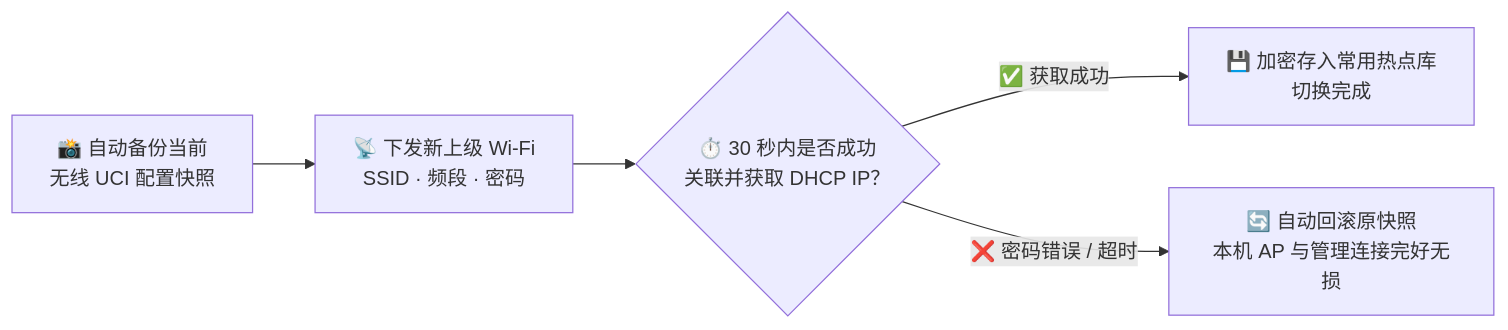
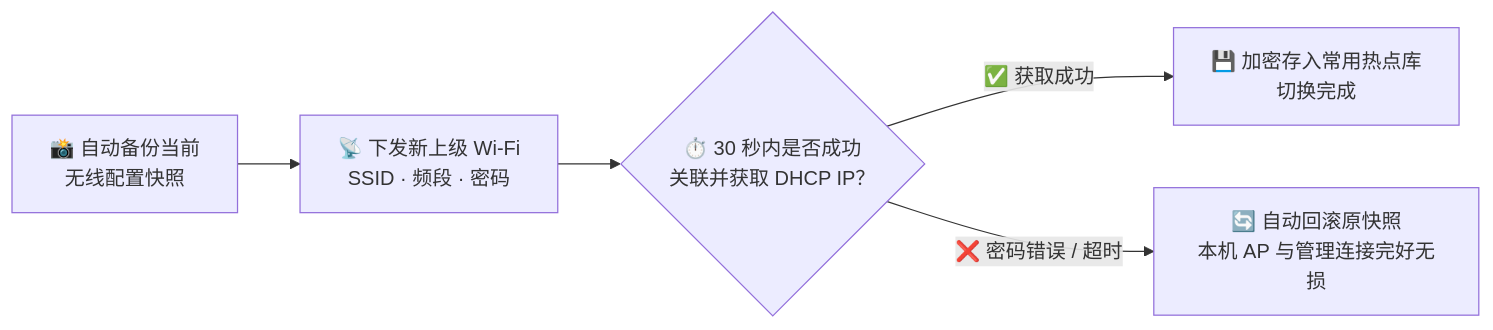
The third of 4 diagrams in README.md (2014-y/Guardline-Status), drawn with Mermaid before and after one commit. The commit also changed other lines of this file and 5 other files, not shown here.

Commit message:
文档：统一采用 TR3000 专用设备标准表述并同步演示截图

````diff
--- a/README.md
+++ b/README.md
@@ -217,7 +217,7 @@
 ```mermaid
 flowchart LR
-    A["📸 自动备份当前<br/>无线 UCI 配置快照"] --> B["📡 下发新上级 Wi‑Fi<br/>SSID · 频段 · 密码"]
+    A["📸 自动备份当前<br/>无线配置快照"] --> B["📡 下发新上级 Wi‑Fi<br/>SSID · 频段 · 密码"]
     B --> C{"⏱️ 30 秒内是否成功<br/>关联并获取 DHCP IP？"}
     C -->|"✅ 获取成功"| D["💾 加密存入常用热点库<br/>切换完成"]
     C -->|"❌ 密码错误 / 超时"| E["🔄 自动回滚原快照<br/>本机 AP 与管理连接完好无损"]
 ```
````
